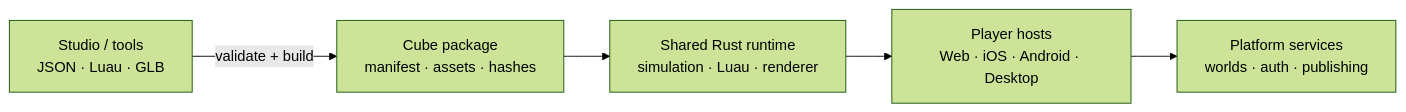
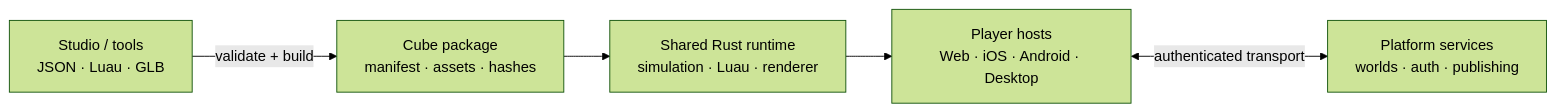
The diagram in README.md (cubacadabra/docs), drawn with Mermaid (forest theme) before and after one commit. The commit also changed other lines of this file and 11 other files, not shown here.

````diff
--- a/README.md
+++ b/README.md
@@ -42,7 +42,7 @@
 ```mermaid
 flowchart LR
     Source["Studio / tools<br/>JSON · Luau · GLB"] -->|validate + build| Cube["Cube package<br/>manifest · assets · hashes"]
     Cube --> Rust["Shared Rust runtime<br/>simulation · Luau · renderer"]
     Rust --> Hosts["Player hosts<br/>Web · iOS · Android · Desktop"]
-    Hosts --> Services["Platform services<br/>worlds · auth · publishing"]
+    Hosts <-->|authenticated transport| Services["Platform services<br/>worlds · auth · publishing"]
 ```
````
